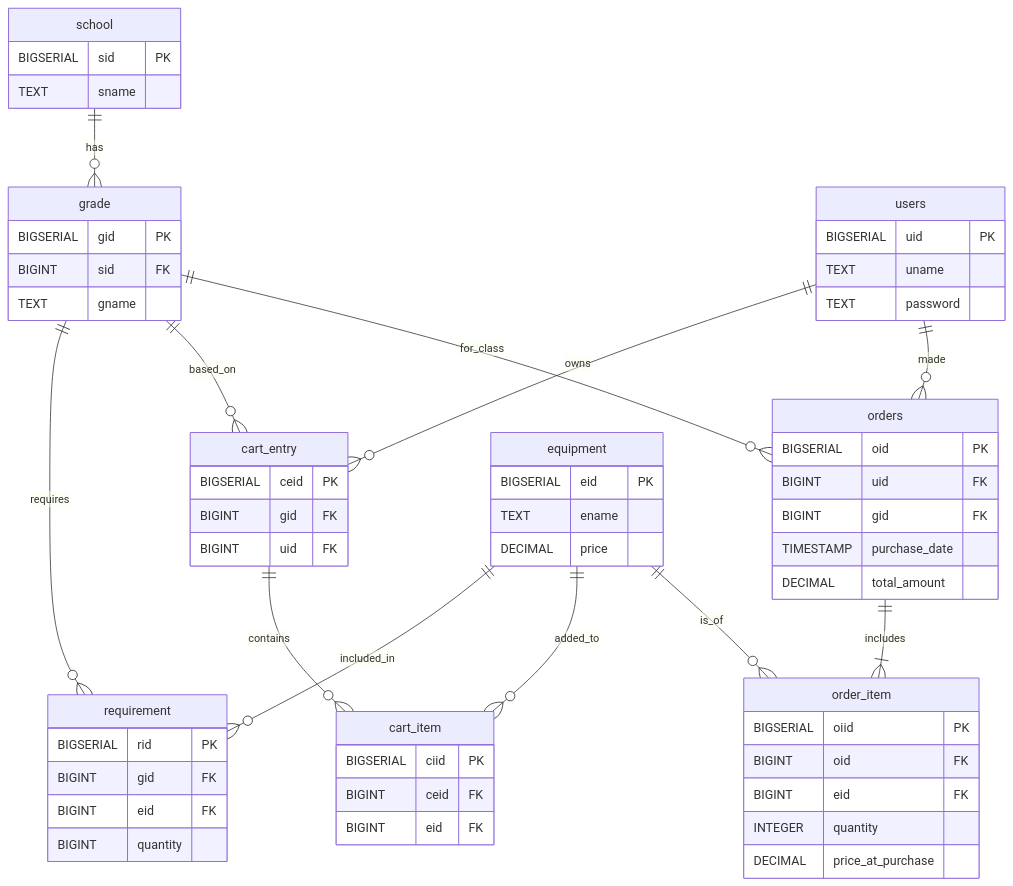
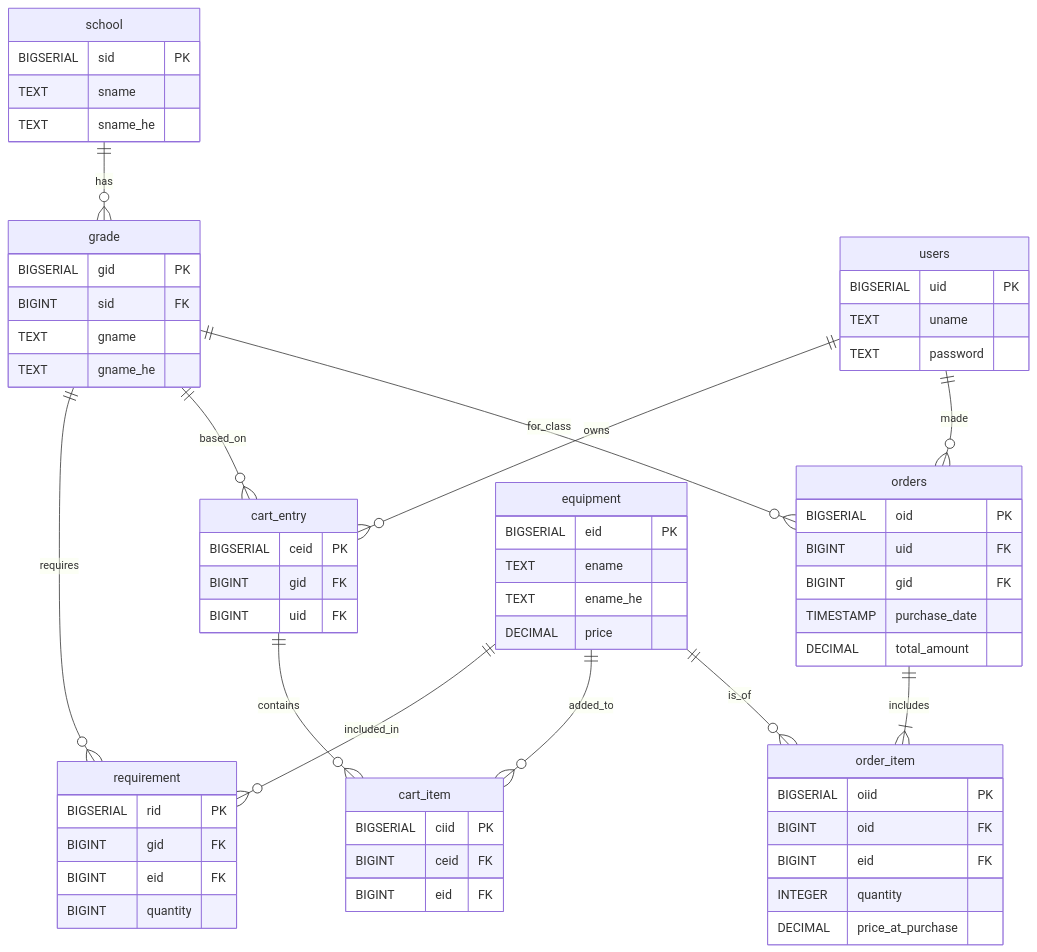
Before and after one commit to Motzklist/Database: the diagram in README.md, drawn with Mermaid. The commit also changed 3 other files, not shown here.

````diff
--- a/README.md
+++ b/README.md
@@ -29,76 +29,79 @@
 ```mermaid
 erDiagram
     school ||--o{ grade : has
     grade ||--o{ requirement : requires
     
     users ||--o{ cart_entry : owns
     cart_entry ||--o{ cart_item : contains
     
     users ||--o{ orders : made
     orders ||--|{ order_item : includes
     
     grade ||--o{ cart_entry : based_on
     grade ||--o{ orders : for_class
     
     equipment ||--o{ requirement : included_in
     equipment ||--o{ cart_item : added_to
     equipment ||--o{ order_item : is_of
 
     school {
         BIGSERIAL sid PK
         TEXT sname
+        TEXT sname_he
     }
     
     grade {
         BIGSERIAL gid PK
         BIGINT sid FK
         TEXT gname
+        TEXT gname_he
     }
     
     requirement {
         BIGSERIAL rid PK
         BIGINT gid FK
         BIGINT eid FK
         BIGINT quantity
     }
     
     users {
         BIGSERIAL uid PK
         TEXT uname
         TEXT password
     }
     
     cart_entry {
         BIGSERIAL ceid PK
         BIGINT gid FK
         BIGINT uid FK
     }
     
     cart_item {
         BIGSERIAL ciid PK
         BIGINT ceid FK
         BIGINT eid FK
     }
     
     orders {
         BIGSERIAL oid PK
         BIGINT uid FK
         BIGINT gid FK
         TIMESTAMP purchase_date
         DECIMAL total_amount
     }
     
     order_item {
         BIGSERIAL oiid PK
         BIGINT oid FK
         BIGINT eid FK
         INTEGER quantity
         DECIMAL price_at_purchase
     }
 
     equipment {
         BIGSERIAL eid PK
         TEXT ename
+        TEXT ename_he
         DECIMAL price
     }
 ```
````
